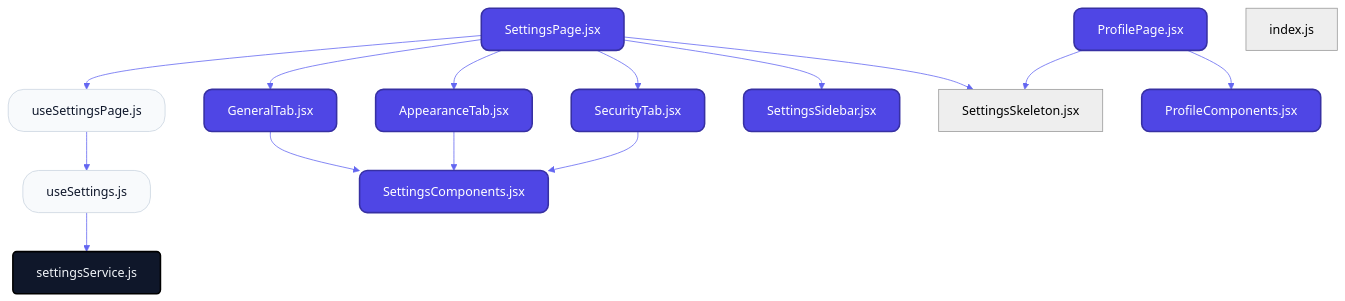
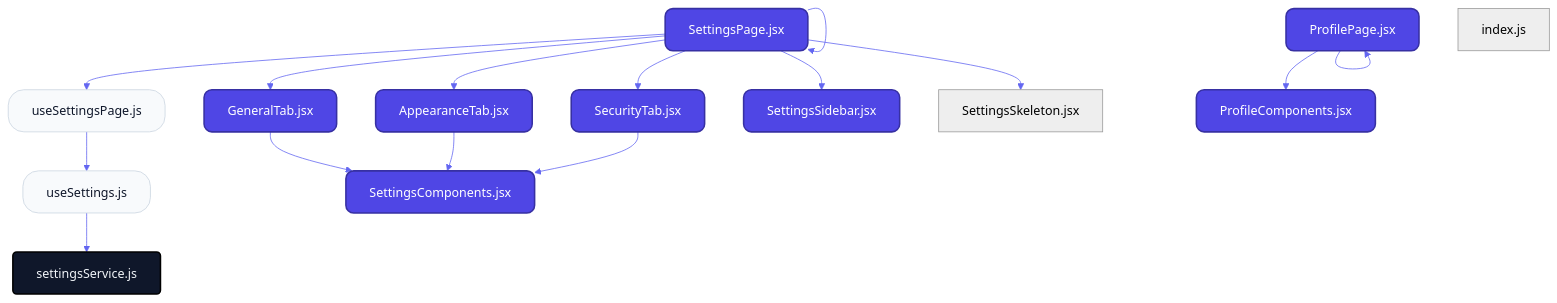
The first of 2 diagrams in src/features/settings/README.md (nexowebai/nexo-superadmin), drawn with Mermaid before and after one commit. The commit also changed other lines of this file and 18 other files, not shown here.

````diff
--- a/src/features/settings/README.md
+++ b/src/features/settings/README.md
@@ -12,34 +11,35 @@
 ```mermaid
 %%{init: {'theme': 'neutral', 'themeVariables': { 'fontFamily': 'Inter', 'lineColor': '#6366f1' }}}%%
 graph TD
     classDef page fill:#4f46e5,stroke:#3730a3,stroke-width:2px,color:#fff,rx:10,ry:10;
     classDef hook fill:#f8fafc,stroke:#cbd5e1,stroke-width:1px,color:#0f172a,rx:20,ry:20;
     classDef service fill:#0f172a,stroke:#000,stroke-width:2px,color:#f1f5f9,rx:5,ry:5;
 
+    SettingsPagejsx["SettingsPage.jsx"]:::page
+    useSettingsPagejs["useSettingsPage.js"]:::hook
+    SettingsComponentsjsx["SettingsComponents.jsx"]:::page
+    GeneralTabjsx["GeneralTab.jsx"]:::page
     ProfilePagejsx["ProfilePage.jsx"]:::page
-    SettingsPagejsx["SettingsPage.jsx"]:::page
+    ProfileComponentsjsx["ProfileComponents.jsx"]:::page
+    AppearanceTabjsx["AppearanceTab.jsx"]:::page
+    SecurityTabjsx["SecurityTab.jsx"]:::page
+    SettingsSidebarjsx["SettingsSidebar.jsx"]:::page
+    useSettingsjs["useSettings.js"]:::hook
+    settingsServicejs["settingsService.js"]:::service
     indexjs["index.js"]
-    useSettingsjs["useSettings.js"]:::hook
-    useSettingsPagejs["useSettingsPage.js"]:::hook
-    settingsServicejs["settingsService.js"]:::service
-    AppearanceTabjsx["AppearanceTab.jsx"]:::page
-    GeneralTabjsx["GeneralTab.jsx"]:::page
-    ProfileComponentsjsx["ProfileComponents.jsx"]:::page
-    SecurityTabjsx["SecurityTab.jsx"]:::page
-    SettingsComponentsjsx["SettingsComponents.jsx"]:::page
-    SettingsSidebarjsx["SettingsSidebar.jsx"]:::page
     SettingsSkeletonjsx["SettingsSkeleton.jsx"]
-    ProfilePagejsx --> SettingsSkeletonjsx
-    ProfilePagejsx --> ProfileComponentsjsx
     SettingsPagejsx --> useSettingsPagejs
     SettingsPagejsx --> GeneralTabjsx
     SettingsPagejsx --> AppearanceTabjsx
     SettingsPagejsx --> SecurityTabjsx
     SettingsPagejsx --> SettingsSidebarjsx
     SettingsPagejsx --> SettingsSkeletonjsx
+    SettingsPagejsx --> SettingsPagejsx
+    useSettingsPagejs --> useSettingsjs
+    GeneralTabjsx --> SettingsComponentsjsx
+    ProfilePagejsx --> ProfileComponentsjsx
+    ProfilePagejsx --> ProfilePagejsx
+    AppearanceTabjsx --> SettingsComponentsjsx
+    SecurityTabjsx --> SettingsComponentsjsx
     useSettingsjs --> settingsServicejs
-    useSettingsPagejs --> useSettingsjs
-    AppearanceTabjsx --> SettingsComponentsjsx
-    GeneralTabjsx --> SettingsComponentsjsx
-    SecurityTabjsx --> SettingsComponentsjsx
 ```
````
